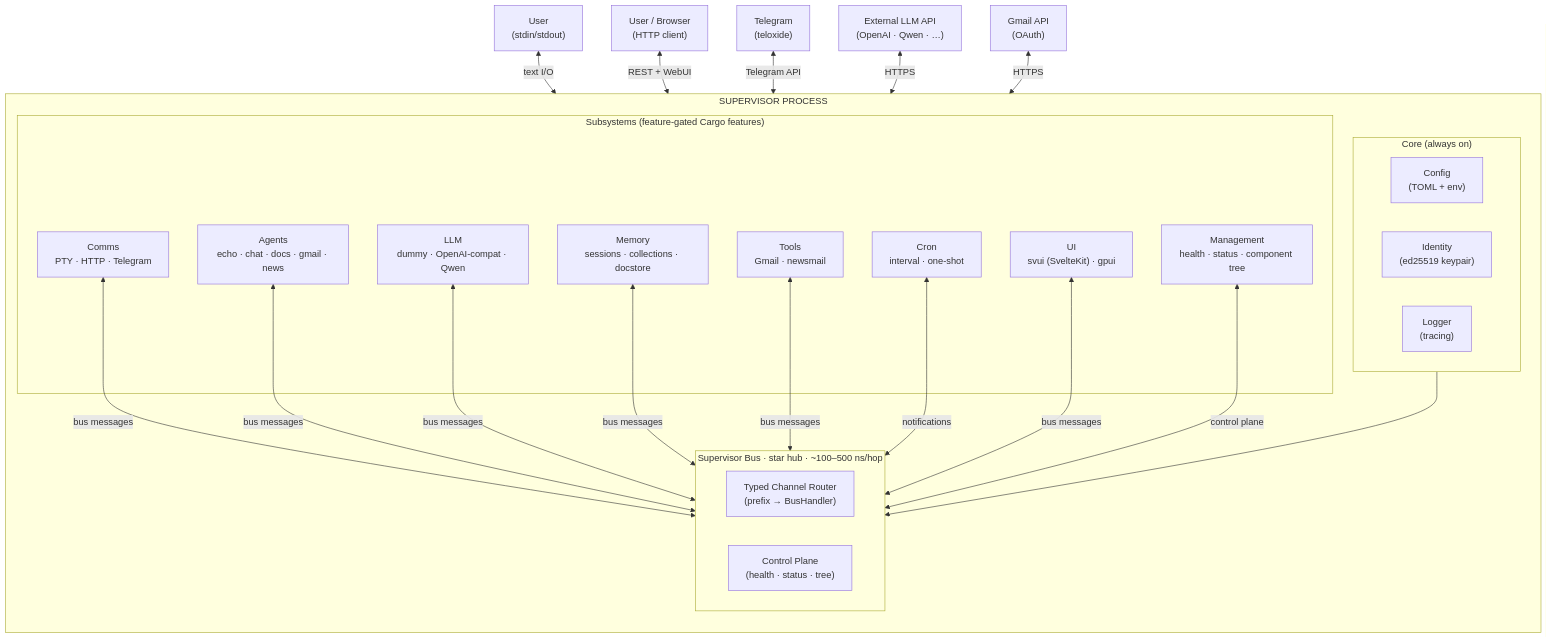
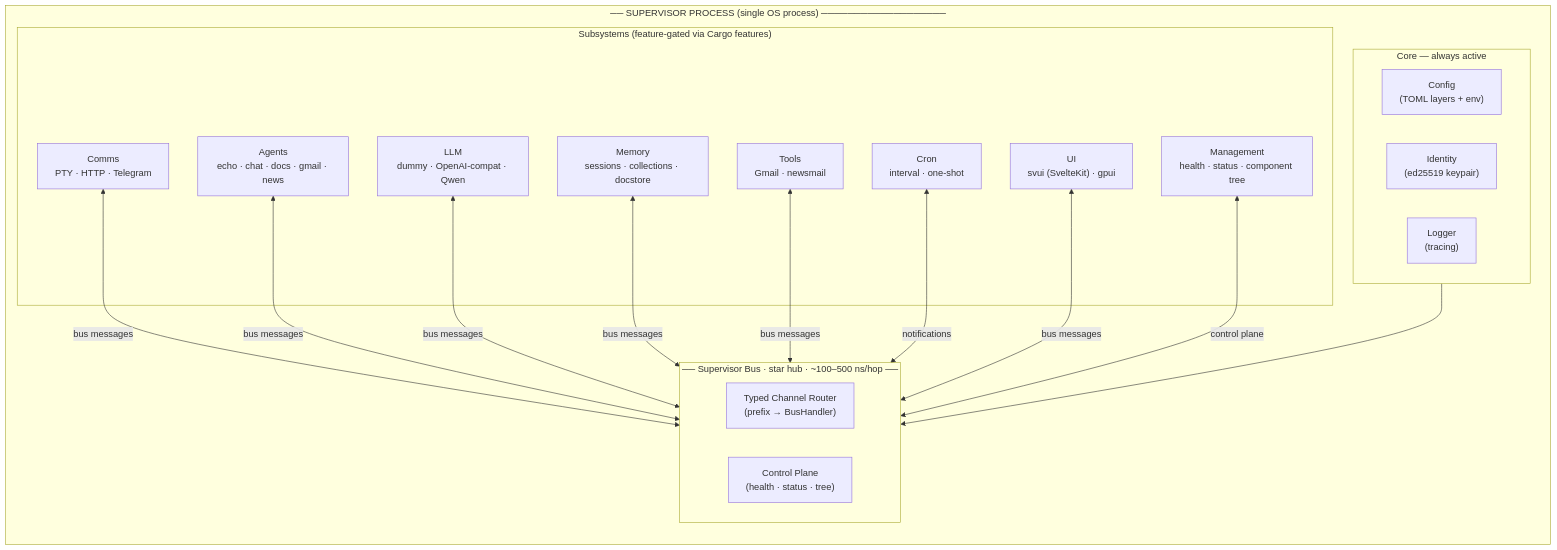
Before and after one commit to xcorat/araliya-bot: the second of 16 diagrams in docs/architecture/diagrams.md, drawn with Mermaid. The commit also changed other lines of this file, not shown here.

First line of the commit message:
docs: fix Mermaid render errors and restructure large diagrams

````diff
--- a/docs/architecture/diagrams.md
+++ b/docs/architecture/diagrams.md
@@ -57,45 +97,39 @@
 ```mermaid
 graph TB
-    subgraph PROCESS["SUPERVISOR PROCESS"]
+    subgraph PROCESS["── SUPERVISOR PROCESS (single OS process) ───────────────────"]
         direction TB
 
-        subgraph CORE["Core (always on)"]
-            CFG["Config\n(TOML + env)"]
-            ID["Identity\n(ed25519 keypair)"]
-            LOG["Logger\n(tracing)"]
+        subgraph CORE["Core — always active"]
+            CFG["Config<br/>(TOML layers + env)"]
+            ID["Identity<br/>(ed25519 keypair)"]
+            LOG["Logger<br/>(tracing)"]
         end
 
-        subgraph BUS["Supervisor Bus  ·  star hub  ·  ~100–500 ns/hop"]
+        subgraph BUS["── Supervisor Bus  ·  star hub  ·  ~100–500 ns/hop ──"]
             direction LR
-            ROUTER["Typed Channel Router\n(prefix → BusHandler)"]
-            CTRL["Control Plane\n(health · status · tree)"]
+            ROUTER["Typed Channel Router<br/>(prefix → BusHandler)"]
+            CTRL["Control Plane<br/>(health · status · tree)"]
         end
 
-        subgraph SUBSYSTEMS["Subsystems  (feature-gated Cargo features)"]
-            COMMS["Comms\nPTY · HTTP · Telegram"]
-            AGENTS["Agents\necho · chat · docs · gmail · news"]
-            LLM["LLM\ndummy · OpenAI-compat · Qwen"]
-            MEM["Memory\nsessions · collections · docstore"]
-            TOOLS["Tools\nGmail · newsmail"]
-            CRON["Cron\ninterval · one-shot"]
-            UI["UI\nsvui (SvelteKit) · gpui"]
-            MGMT["Management\nhealth · status · component tree"]
+        subgraph SUBSYSTEMS["Subsystems  (feature-gated via Cargo features)"]
+            COMMS["Comms<br/>PTY · HTTP · Telegram"]
+            AGENTS["Agents<br/>echo · chat · docs · gmail · news"]
+            LLM["LLM<br/>dummy · OpenAI-compat · Qwen"]
+            MEM["Memory<br/>sessions · collections · docstore"]
+            TOOLS["Tools<br/>Gmail · newsmail"]
+            CRON["Cron<br/>interval · one-shot"]
+            UI["UI<br/>svui (SvelteKit) · gpui"]
+            MGMT["Management<br/>health · status · component tree"]
         end
 
         CORE --> BUS
-        COMMS <-->|bus messages| ROUTER
+        COMMS  <-->|bus messages| ROUTER
         AGENTS <-->|bus messages| ROUTER
-        LLM <-->|bus messages| ROUTER
-        MEM <-->|bus messages| ROUTER
-        TOOLS <-->|bus messages| ROUTER
-        CRON <-->|notifications| ROUTER
-        UI <-->|bus messages| ROUTER
-        MGMT <-->|control plane| CTRL
+        LLM    <-->|bus messages| ROUTER
+        MEM    <-->|bus messages| ROUTER
+        TOOLS  <-->|bus messages| ROUTER
+        CRON   <-->|notifications| ROUTER
+        UI     <-->|bus messages| ROUTER
+        MGMT   <-->|control plane| CTRL
     end
-
-    USER_PTY["User\n(stdin/stdout)"] <-->|text I/O| COMMS
-    USER_HTTP["User / Browser\n(HTTP client)"] <-->|REST + WebUI| COMMS
-    TG["Telegram\n(teloxide)"] <-->|Telegram API| COMMS
-    EXT_LLM["External LLM API\n(OpenAI · Qwen · …)"] <-->|HTTPS| LLM
-    EXT_GMAIL["Gmail API\n(OAuth)"] <-->|HTTPS| TOOLS
 ```
````
